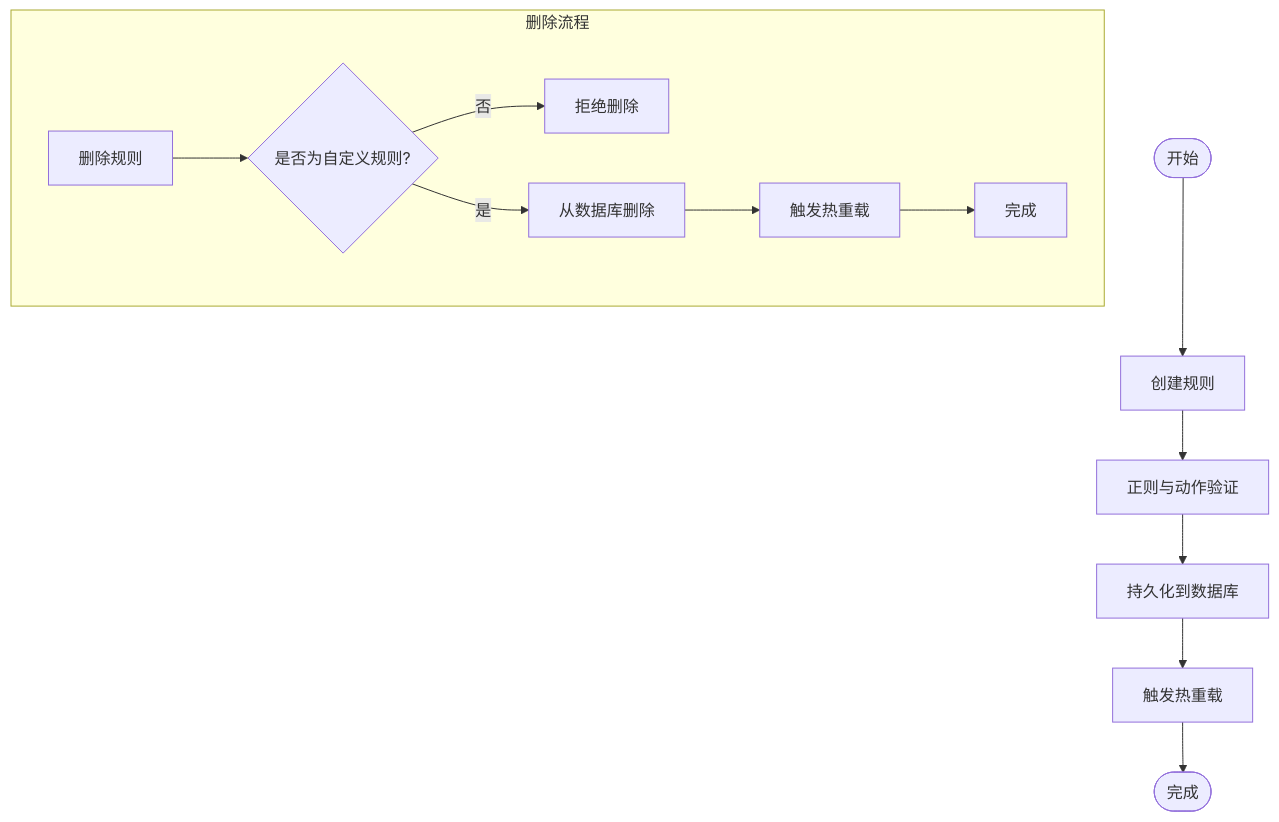
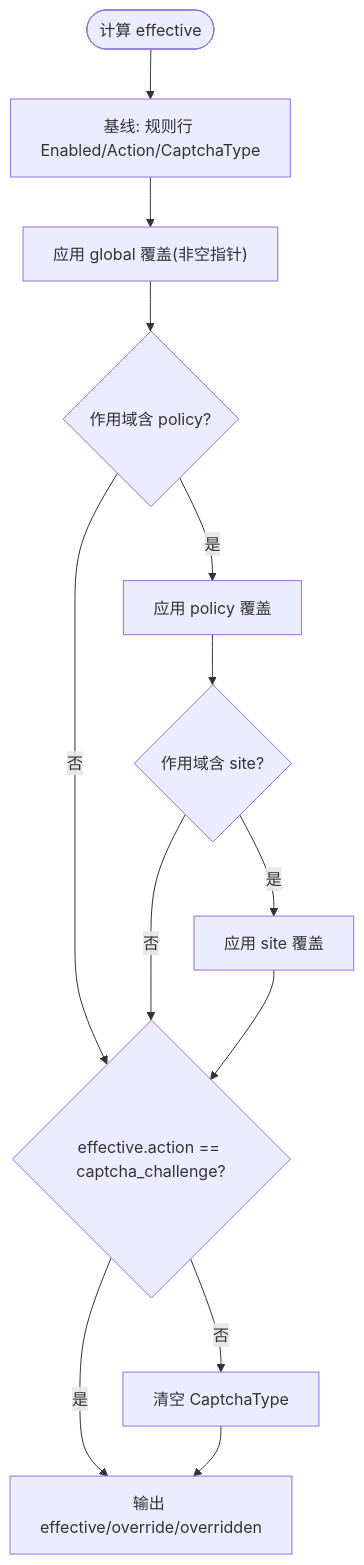
One commit to x01n/My-OpenWaf changed the third of 4 diagrams in docs/安全防护功能/CVE 漏洞检测/CVE 规则管理.md. Above: the diagram before and after it, drawn with Mermaid. The commit also changed other lines of this file and 622 other files, not shown here.

````diff
--- a/docs/安全防护功能/CVE 漏洞检测/CVE 规则管理.md
+++ b/docs/安全防护功能/CVE 漏洞检测/CVE 规则管理.md
@@ -162,15 +163,15 @@
 ```mermaid
 flowchart TD
-Start(["开始"]) --> Create["创建规则"]
-Create --> Validate["正则与动作验证"]
-Validate --> Persist["持久化到数据库"]
-Persist --> Reload["触发热重载"]
-Reload --> End(["完成"])
-subgraph "删除流程"
-DelStart["删除规则"] --> CheckSource{"是否为自定义规则?"}
-CheckSource --> |否| DelErr["拒绝删除"]
-CheckSource --> |是| DelPersist["从数据库删除"]
-DelPersist --> DelReload["触发热重载"]
-DelReload --> DelEnd["完成"]
-end
+Start(["计算 effective"]) --> Base["基线: 规则行 Enabled/Action/CaptchaType"]
+Base --> G["应用 global 覆盖(非空指针)"]
+G --> P{"作用域含 policy?"}
+P --> |是| PApply["应用 policy 覆盖"]
+P --> |否| Check
+PApply --> S{"作用域含 site?"}
+S --> |是| SApply["应用 site 覆盖"]
+S --> |否| Check
+SApply --> Check{"effective.action == captcha_challenge?"}
+Check --> |否| Clear["清空 CaptchaType"]
+Check --> |是| Out["输出 effective/override/overridden"]
+Clear --> Out
 ```
````
